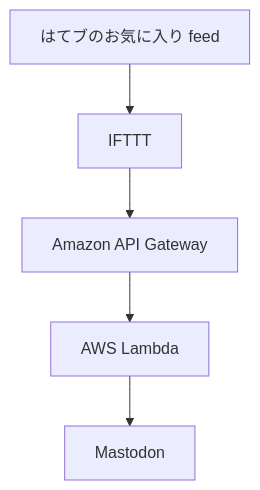
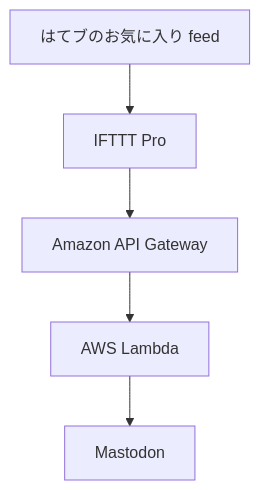
Before and after one commit to masutaka/masutaka-feed: the second of 2 diagrams in README.md, drawn with Mermaid. The commit also changed other lines of this file, not shown here.

Commit message:
2024/02/15 から IFTTT Pro プランでないと、webhook applet を使えなくなった
2023/12/24 の人もいる。
https://www.reddit.com/r/ifttt/comments/18p7pxa/webhooks_suddenly_stopped_working_requires_pro/

````diff
--- a/README.md
+++ b/README.md
@@ -22,7 +22,7 @@
 ```mermaid
 graph TD
-    A[はてブのお気に入り feed] --> B[IFTTT]
+    A[はてブのお気に入り feed] --> B[IFTTT Pro]
     B --> C[Amazon API Gateway]
     C --> D[AWS Lambda]
     D --> E[Mastodon]
 ```
````
